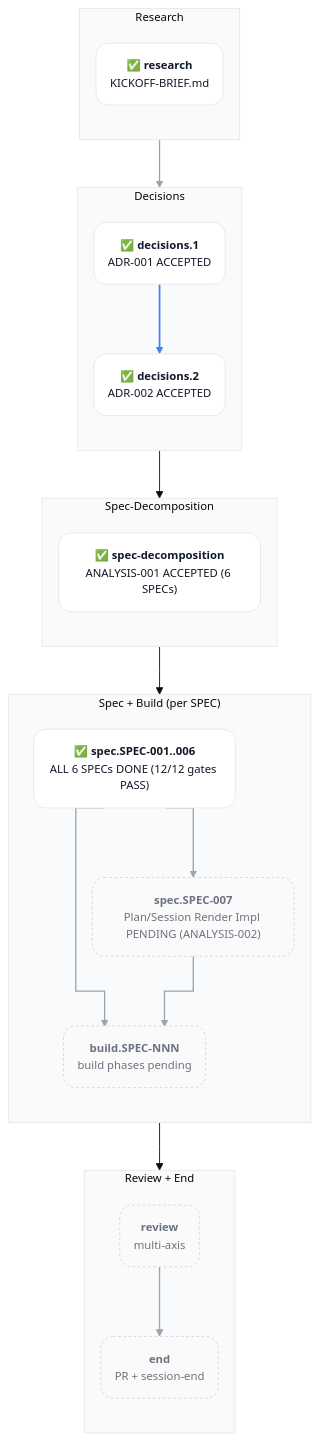
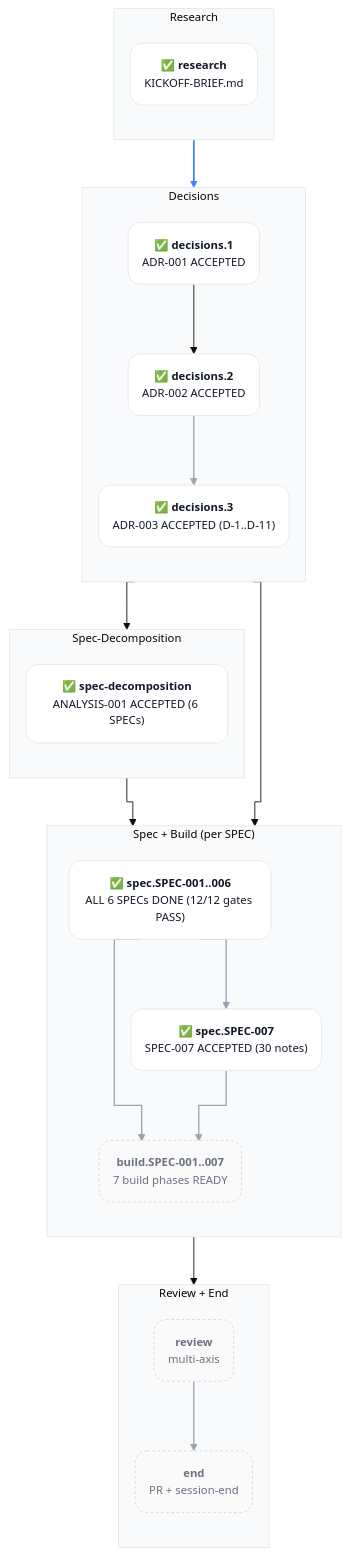
Before and after one commit to acmelabs-15/skills: the first of 11 diagrams in docs/planning/PLAN-001-skills-ecosystem.md, drawn with Mermaid. The commit also changed other lines of this file and 106 other files, not shown here.

First line of the commit message:
feat(plan-001): decisions.3 + ADR-003 ACCEPTED + SPEC-007 + 7 build parts (#4)

````diff
--- a/docs/planning/PLAN-001-skills-ecosystem.md
+++ b/docs/planning/PLAN-001-skills-ecosystem.md
@@ -80,52 +88,58 @@
 ```mermaid
 %%{init: {'theme':'base','flowchart':{'curve':'stepAfter','nodeSpacing':18,'rankSpacing':55,'padding':16,'diagramPadding':20,'htmlLabels':true},'themeVariables':{'fontFamily':'-apple-system, BlinkMacSystemFont, system-ui, sans-serif','fontSize':'13px','clusterBkg':'#f9fafb','clusterBorder':'#e5e7eb'},'themeCSS':'.edgePath path, .flowchart-link { stroke-linejoin: round !important; stroke-linecap: round !important; } .cluster-label .nodeLabel { font-family: ui-monospace, SFMono-Regular, Menlo, monospace !important; font-size: 11px !important; font-weight: 600 !important; letter-spacing: 0.1em !important; text-transform: uppercase !important; color: #6b7280 !important; }'}}%%
 graph TD
 
   classDef done fill:#ffffff,stroke:#e5e7eb,stroke-width:1px,color:#111827,rx:14,ry:14
   classDef pending fill:#fafafa,stroke:#d1d5db,stroke-width:1px,color:#6b7280,stroke-dasharray:3 3,rx:14,ry:14
 
   subgraph R ["Research"]
     direction TB
     research("✅ <b>research</b><br/><span style='color:#6b7280;font-size:11px'>KICKOFF-BRIEF.md</span>")
   end
 
   subgraph D ["Decisions"]
     direction TB
     d1("✅ <b>decisions.1</b><br/><span style='color:#6b7280;font-size:11px'>ADR-001 ACCEPTED</span>")
     d2("✅ <b>decisions.2</b><br/><span style='color:#6b7280;font-size:11px'>ADR-002 ACCEPTED</span>")
+    d3("✅ <b>decisions.3</b><br/><span style='color:#6b7280;font-size:11px'>ADR-003 ACCEPTED (D-1..D-11)</span>")
+    d2 --> d3
   end
 
   subgraph S ["Spec-Decomposition"]
     direction TB
     sd("✅ <b>spec-decomposition</b><br/><span style='color:#6b7280;font-size:11px'>ANALYSIS-001 ACCEPTED (6 SPECs)</span>")
   end
 
   subgraph SB ["Spec + Build (per SPEC)"]
     direction TB
     spec_n("✅ <b>spec.SPEC-001..006</b><br/><span style='color:#6b7280;font-size:11px'>ALL 6 SPECs DONE (12/12 gates PASS)</span>")
-    spec_007("<b>spec.SPEC-007</b><br/><span style='color:#6b7280;font-size:11px'>Plan/Session Render Impl PENDING (ANALYSIS-002)</span>")
-    build_n("<b>build.SPEC-NNN</b><br/><span style='color:#6b7280;font-size:11px'>build phases pending</span>")
+    spec_007("✅ <b>spec.SPEC-007</b><br/><span style='color:#6b7280;font-size:11px'>SPEC-007 ACCEPTED (30 notes)</span>")
+    build_n("<b>build.SPEC-001..007</b><br/><span style='color:#6b7280;font-size:11px'>7 build phases READY</span>")
     spec_n --> spec_007
     spec_n --> build_n
     spec_007 --> build_n
   end
 
   subgraph RE ["Review + End"]
     direction TB
     review("<b>review</b><br/><span style='color:#6b7280;font-size:11px'>multi-axis</span>")
     fin("<b>end</b><br/><span style='color:#6b7280;font-size:11px'>PR + session-end</span>")
     review --> fin
   end
 
   research --> d1
   d1 --> d2
   d2 --> sd
   sd --> spec_n
+  d3 --> spec_007
   build_n --> review
 
   class research,d1,d2,sd,spec_n done
-  class spec_007,build_n,review,fin pending
+  class d3 done
+  class spec_007 done
+  class build_n,review,fin pending
+  classDef inprogress fill:#fef9c3,stroke:#eab308,stroke-width:1.5px,color:#713f12,rx:14,ry:14
 
   linkStyle 0,1,2,3,4 stroke:#9ca3af,stroke-width:1.5px
   linkStyle 5 stroke:#3b82f6,stroke-width:2px
 ```
````
